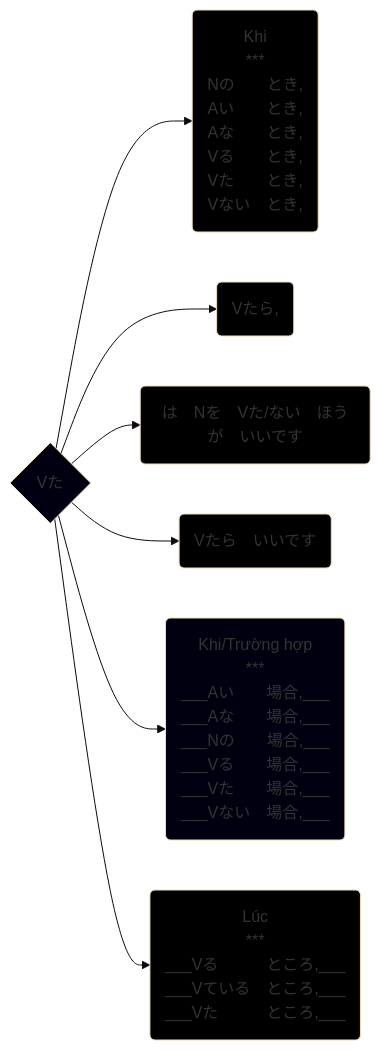
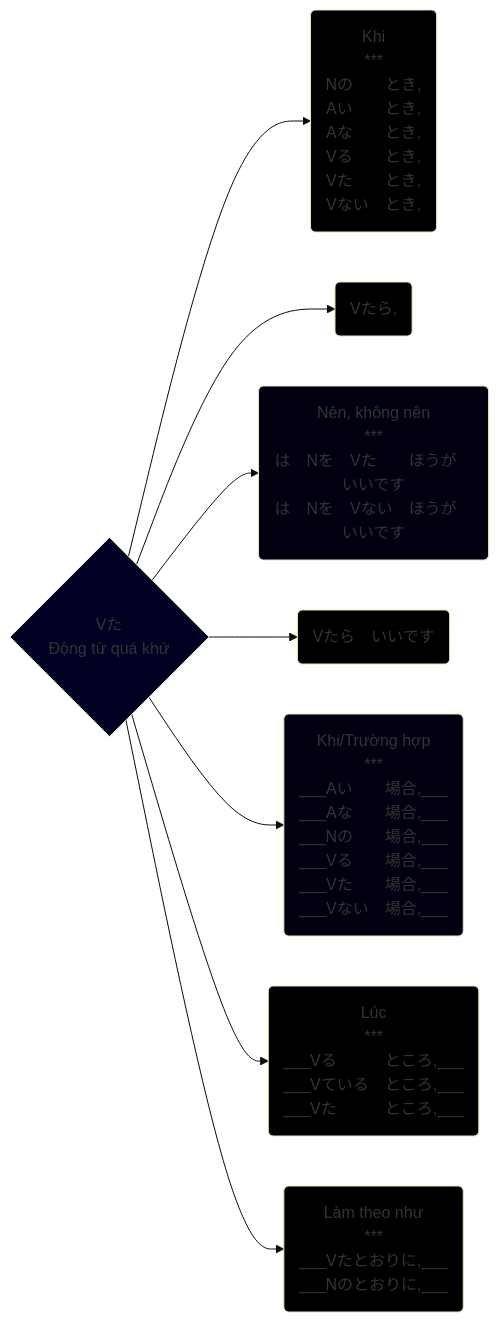
Before and after one commit to tea1504/learn: the diagram in The/た形.md, drawn with Mermaid (base theme). The commit also changed 10 other files, not shown here.

````diff
--- a/The/た形.md
+++ b/The/た形.md
@@ -1,19 +1,21 @@
 ```mermaid
 graph LR;
-    V{Vた}
+    V{Vた\nĐộng từ quá khứ}
 
     V-->khi(Khi\n***\nNの　　とき,\nAい　　とき,\nAな　　とき,\nVる　　とき,\nVた　　とき,\nVない　とき,)
     V-->khiSauKhi(Vたら,)
-    V-->nenKhongNen(は　Nを　Vた/ない　ほうが　いいです)
+    V-->nenKhongNen(Nên, không nên\n***\nは　Nを　Vた　　ほうが　いいです\nは　Nを　Vない　ほうが　いいです)
     V-->nenV(Vたら　いいです)
     V-->truongHop(Khi/Trường hợp\n***\n___Aい　　場合,___\n___Aな　　場合,___\n___Nの　　場合,___\n___Vる　　場合,___\n___Vた　　場合,___\n___Vない　場合,___)
     V-->luc(Lúc\n***\n___Vる　　　ところ,___\n___Vている　ところ,___\n___Vた　　　ところ,___)
+    V-->lamTheoNhu(Làm theo như\n***\n___Vたとおりに,___\n___Nのとおりに,___)
 
-    style V fill:#001
+    style V fill:#002
     style khi fill:#000
     style khiSauKhi fill:#000
     style luc fill:#000
-    style nenKhongNen fill:#000
+    style nenKhongNen fill:#001
     style nenV fill:#000
     style truongHop fill:#001
+    style lamTheoNhu fill:#000
 ```
````
